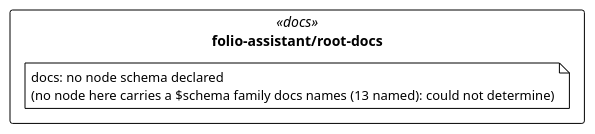
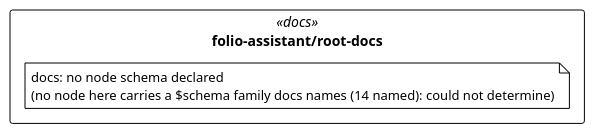
The diagram in cat-harness/uml/overview/folio-assistant/root-docs.puml (litlfred/folio-assistant), drawn with PlantUML before and after one commit. The commit also changed 137 other files, not shown here.

```diff
--- a/cat-harness/uml/overview/folio-assistant/root-docs.puml
+++ b/cat-harness/uml/overview/folio-assistant/root-docs.puml
@@ -3,13 +3,13 @@
 @startuml folio_assistant_root_docs
 !pragma layout elk
 !theme plain
 skinparam classAttributeIconSize 0
 skinparam shadowing false
 skinparam packageStyle rectangle
 hide empty methods
 
 package "folio-assistant/root-docs" as pkg_folio_assistant_root_docs <<docs>> {
-  note "docs: no node schema declared\n(no node here carries a $schema family docs names (13 named): could not determine)" as n_folio_assistant_root_docs_docs
+  note "docs: no node schema declared\n(no node here carries a $schema family docs names (14 named): could not determine)" as n_folio_assistant_root_docs_docs
 }
 
 @enduml
```
